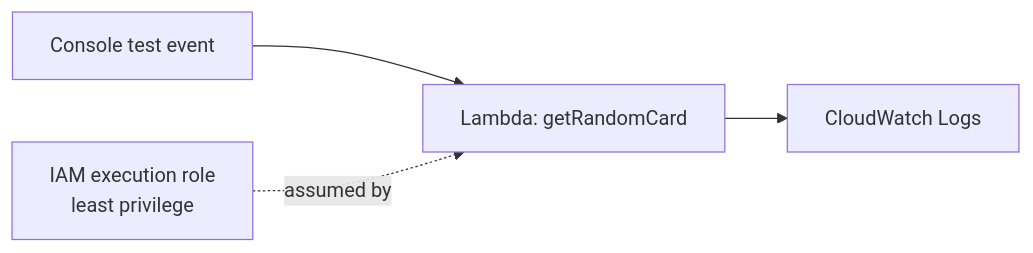
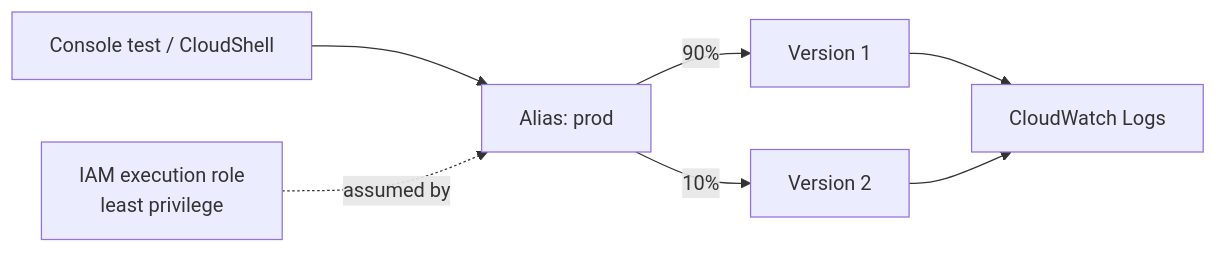
One commit to samarsalemqq/aws-flashcards changed the first of 2 diagrams in README.md. Above: the diagram before and after it, drawn with Mermaid. The commit also changed other lines of this file, not shown here.

````diff
--- a/README.md
+++ b/README.md
@@ -11,6 +11,9 @@
 ```mermaid
 flowchart LR
-    T[Console test event] --> L[Lambda: getRandomCard]
-    L --> CW[CloudWatch Logs]
-    R[IAM execution role<br/>least privilege] -.assumed by.-> L
+    T[Console test / CloudShell] --> A[Alias: prod]
+    A -- 90% --> V1[Version 1]
+    A -- 10% --> V2[Version 2]
+    V1 --> CW[CloudWatch Logs]
+    V2 --> CW
+    R[IAM execution role<br/>least privilege] -.assumed by.-> A
 ```
````
